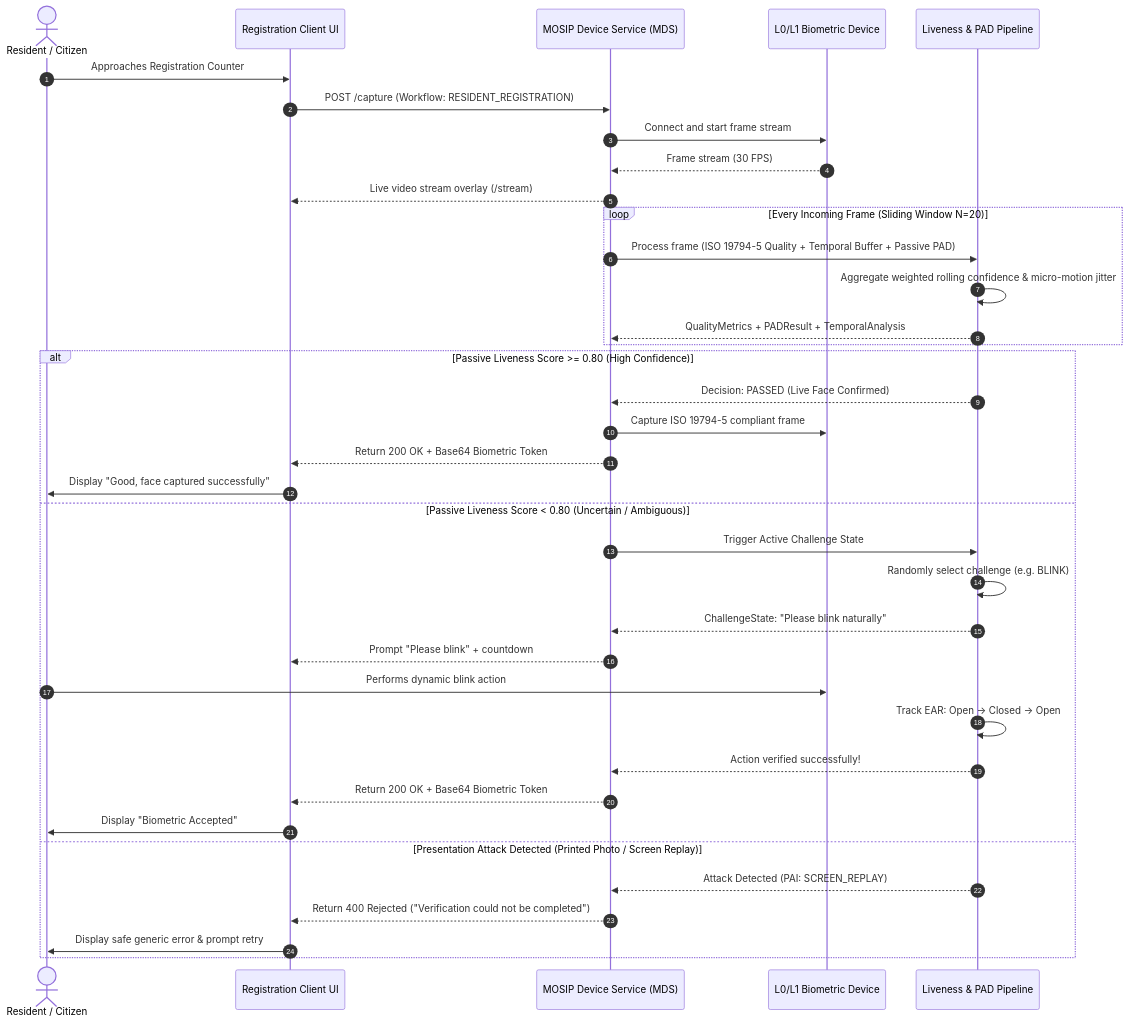
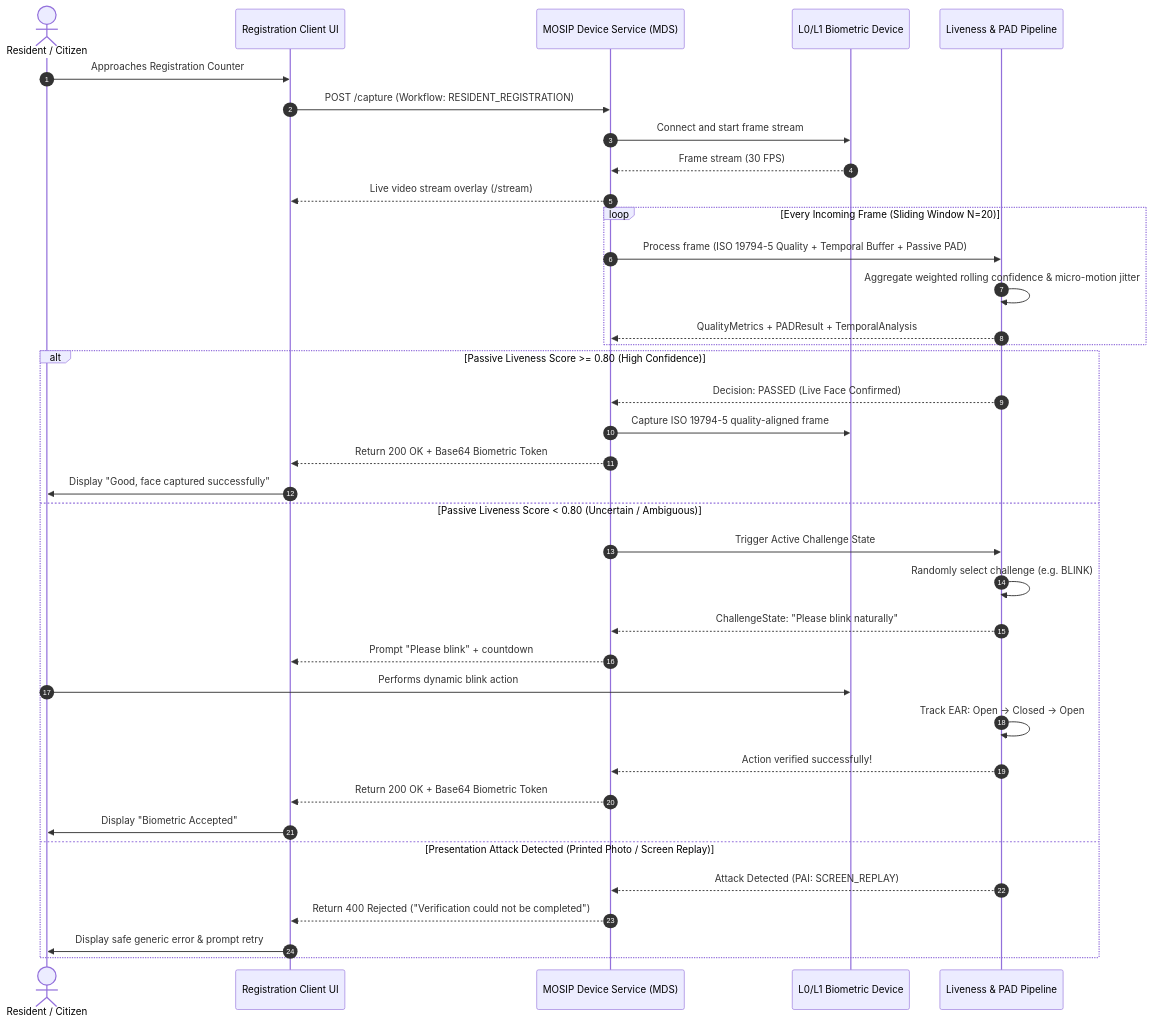
Before and after one commit to car-ui/mosip-face-liveness-pad: the first of 4 diagrams in docs/SEQUENCE_DIAGRAMS.md, drawn with Mermaid. The commit also changed 7 other files, not shown here.

````diff
--- a/docs/SEQUENCE_DIAGRAMS.md
+++ b/docs/SEQUENCE_DIAGRAMS.md
@@ -9,42 +9,42 @@
 ```mermaid
 sequenceDiagram
     autonumber
     actor Resident as Resident / Citizen
     participant Client as Registration Client UI
     participant MDS as MOSIP Device Service (MDS)
     participant Device as L0/L1 Biometric Device
     participant Engine as Liveness & PAD Pipeline
 
     Resident->>Client: Approaches Registration Counter
     Client->>MDS: POST /capture (Workflow: RESIDENT_REGISTRATION)
     MDS->>Device: Connect and start frame stream
     Device-->>MDS: Frame stream (30 FPS)
     MDS-->>Client: Live video stream overlay (/stream)
 
     loop Every Incoming Frame (Sliding Window N=20)
         MDS->>Engine: Process frame (ISO 19794-5 Quality + Temporal Buffer + Passive PAD)
         Engine->>Engine: Aggregate weighted rolling confidence & micro-motion jitter
         Engine-->>MDS: QualityMetrics + PADResult + TemporalAnalysis
     end
 
     alt Passive Liveness Score >= 0.80 (High Confidence)
         Engine-->>MDS: Decision: PASSED (Live Face Confirmed)
-        MDS->>Device: Capture ISO 19794-5 compliant frame
+        MDS->>Device: Capture ISO 19794-5 quality-aligned frame
         MDS-->>Client: Return 200 OK + Base64 Biometric Token
         Client->>Resident: Display "Good, face captured successfully"
     else Passive Liveness Score < 0.80 (Uncertain / Ambiguous)
         MDS->>Engine: Trigger Active Challenge State
         Engine->>Engine: Randomly select challenge (e.g. BLINK)
         Engine-->>MDS: ChallengeState: "Please blink naturally"
         MDS-->>Client: Prompt "Please blink" + countdown
         Resident->>Device: Performs dynamic blink action
         Engine->>Engine: Track EAR: Open -> Closed -> Open
         Engine-->>MDS: Action verified successfully!
         MDS-->>Client: Return 200 OK + Base64 Biometric Token
         Client->>Resident: Display "Biometric Accepted"
     else Presentation Attack Detected (Printed Photo / Screen Replay)
         Engine-->>MDS: Attack Detected (PAI: SCREEN_REPLAY)
         MDS-->>Client: Return 400 Rejected ("Verification could not be completed")
         Client->>Resident: Display safe generic error & prompt retry
     end
 ```
````
